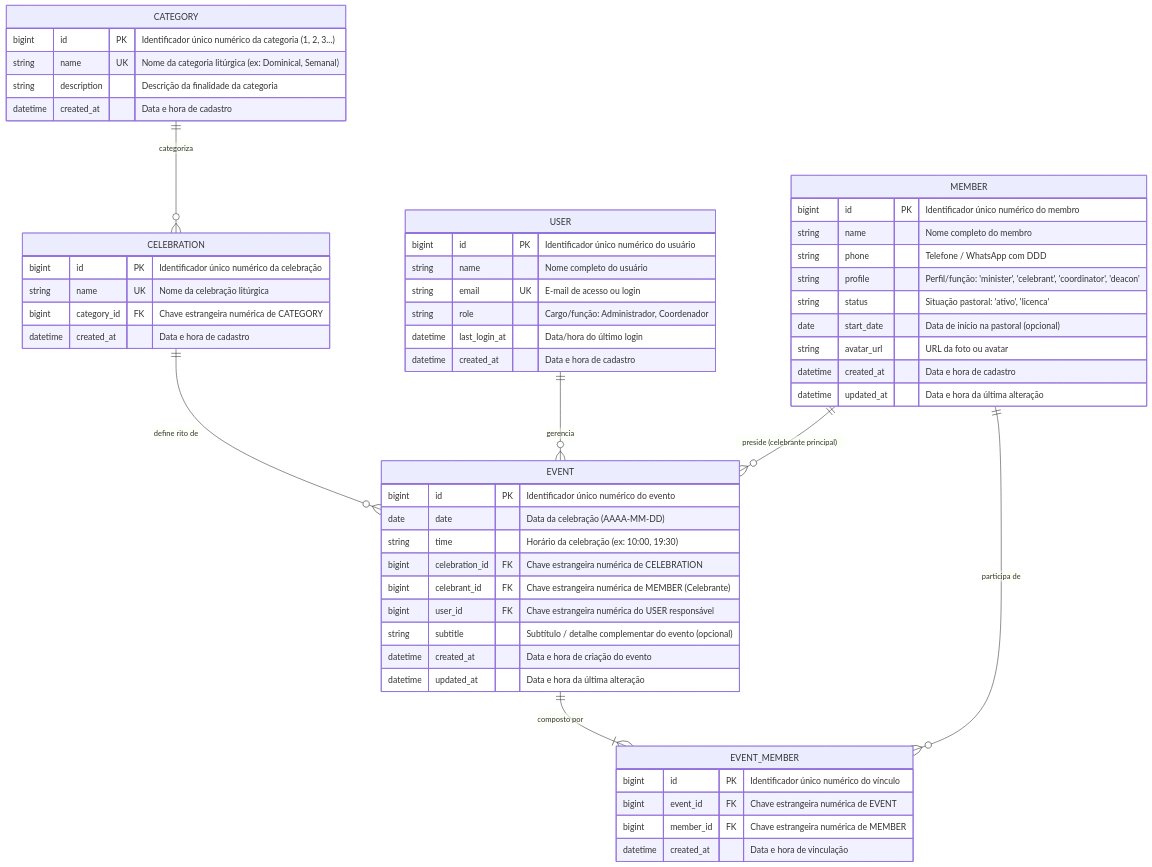
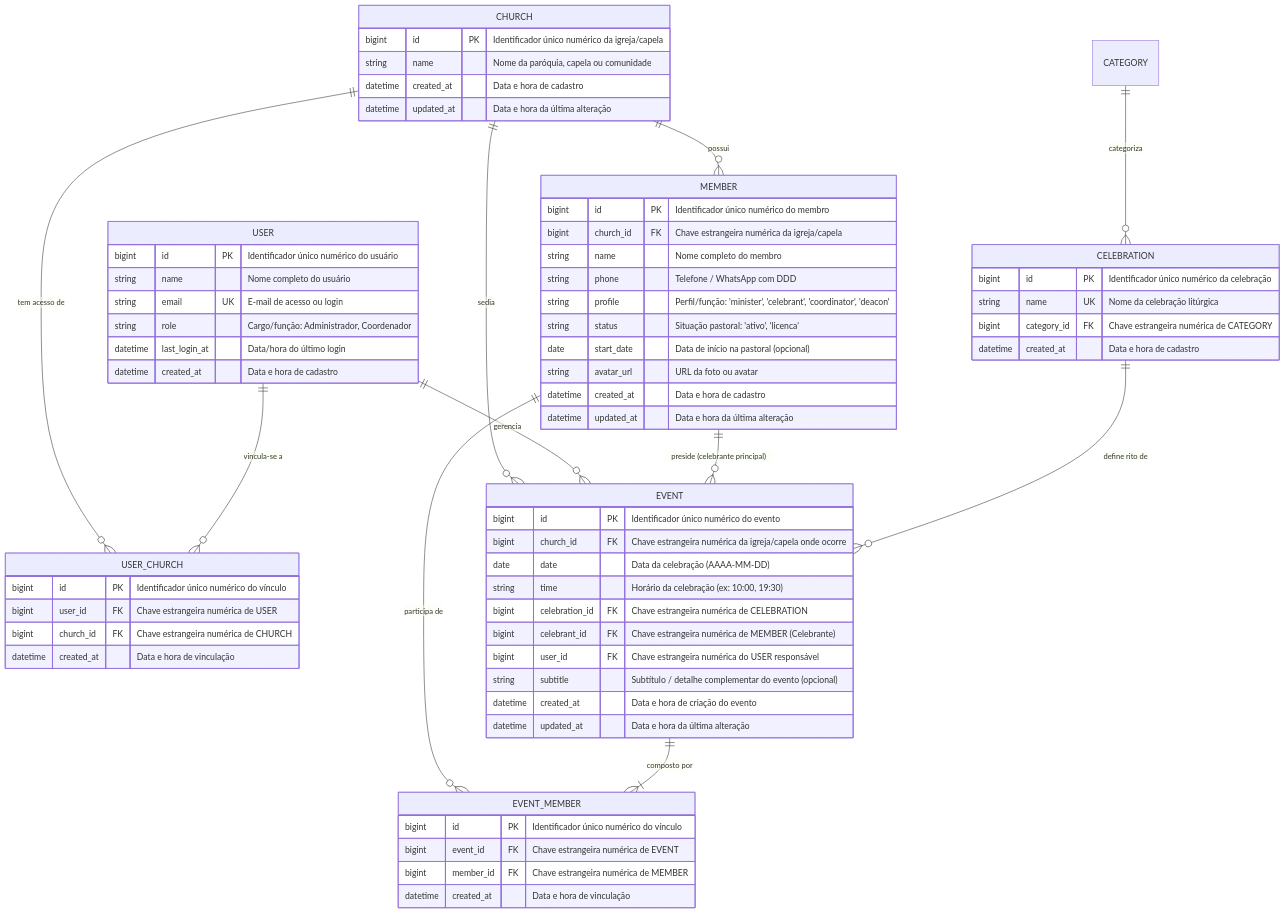
One commit to henriquehl/escala_ministros_front changed the diagram in docs/DER_RECOMENDADO.md. Above: the diagram before and after it, drawn with Mermaid. The commit also changed other lines of this file and 27 other files, not shown here.

````diff
--- a/docs/DER_RECOMENDADO.md
+++ b/docs/DER_RECOMENDADO.md
@@ -9,63 +9,76 @@
 ```mermaid
 erDiagram
+    CHURCH ||--o{ USER_CHURCH : "tem acesso de"
+    USER ||--o{ USER_CHURCH : "vincula-se a"
+    CHURCH ||--o{ MEMBER : "possui"
+    CHURCH ||--o{ EVENT : "sedia"
     CATEGORY ||--o{ CELEBRATION : "categoriza"
     USER ||--o{ EVENT : "gerencia"
     MEMBER ||--o{ EVENT : "preside (celebrante principal)"
     MEMBER ||--o{ EVENT_MEMBER : "participa de"
     EVENT ||--|{ EVENT_MEMBER : "composto por"
     CELEBRATION ||--o{ EVENT : "define rito de"
 
-    CATEGORY {
-        bigint id PK "Identificador único numérico da categoria (1, 2, 3...)"
-        string name UK "Nome da categoria litúrgica (ex: Dominical, Semanal)"
-        string description "Descrição da finalidade da categoria"
+    CHURCH {
+        bigint id PK "Identificador único numérico da igreja/capela"
+        string name "Nome da paróquia, capela ou comunidade"
         datetime created_at "Data e hora de cadastro"
+        datetime updated_at "Data e hora da última alteração"
     }
 
     USER {
         bigint id PK "Identificador único numérico do usuário"
         string name "Nome completo do usuário"
         string email UK "E-mail de acesso ou login"
         string role "Cargo/função: Administrador, Coordenador"
         datetime last_login_at "Data/hora do último login"
         datetime created_at "Data e hora de cadastro"
     }
 
+    USER_CHURCH {
+        bigint id PK "Identificador único numérico do vínculo"
+        bigint user_id FK "Chave estrangeira numérica de USER"
+        bigint church_id FK "Chave estrangeira numérica de CHURCH"
+        datetime created_at "Data e hora de vinculação"
+    }
+
     MEMBER {
         bigint id PK "Identificador único numérico do membro"
+        bigint church_id FK "Chave estrangeira numérica da igreja/capela"
         string name "Nome completo do membro"
         string phone "Telefone / WhatsApp com DDD"
         string profile "Perfil/função: 'minister', 'celebrant', 'coordinator', 'deacon'"
         string status "Situação pastoral: 'ativo', 'licenca'"
         date start_date "Data de início na pastoral (opcional)"
         string avatar_url "URL da foto ou avatar"
         datetime created_at "Data e hora de cadastro"
         datetime updated_at "Data e hora da última alteração"
     }
 
     CELEBRATION {
         bigint id PK "Identificador único numérico da celebração"
         string name UK "Nome da celebração litúrgica"
         bigint category_id FK "Chave estrangeira numérica de CATEGORY"
         datetime created_at "Data e hora de cadastro"
     }
 
     EVENT {
         bigint id PK "Identificador único numérico do evento"
+        bigint church_id FK "Chave estrangeira numérica da igreja/capela onde ocorre"
         date date "Data da celebração (AAAA-MM-DD)"
         string time "Horário da celebração (ex: 10:00, 19:30)"
         bigint celebration_id FK "Chave estrangeira numérica de CELEBRATION"
         bigint celebrant_id FK "Chave estrangeira numérica de MEMBER (Celebrante)"
         bigint user_id FK "Chave estrangeira numérica do USER responsável"
         string subtitle "Subtítulo / detalhe complementar do evento (opcional)"
         datetime created_at "Data e hora de criação do evento"
         datetime updated_at "Data e hora da última alteração"
     }
 
     EVENT_MEMBER {
         bigint id PK "Identificador único numérico do vínculo"
         bigint event_id FK "Chave estrangeira numérica de EVENT"
         bigint member_id FK "Chave estrangeira numérica de MEMBER"
         datetime created_at "Data e hora de vinculação"
     }
 ```
````
